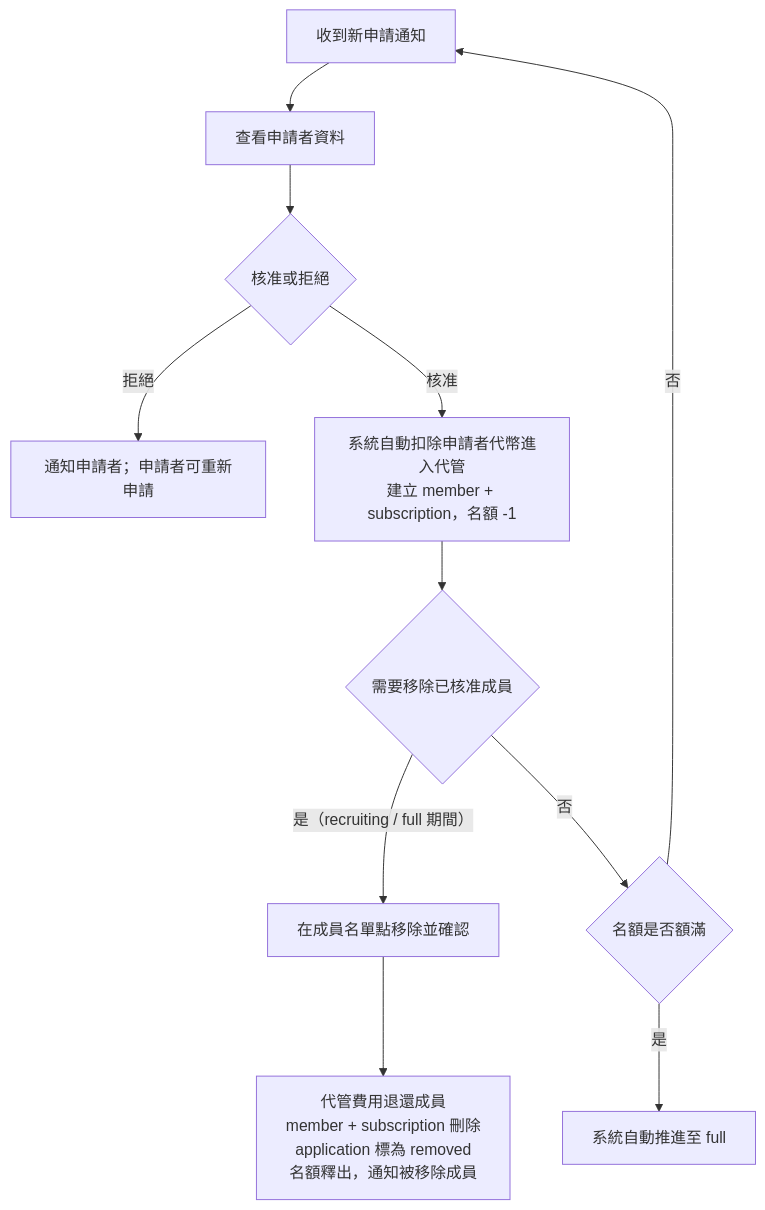
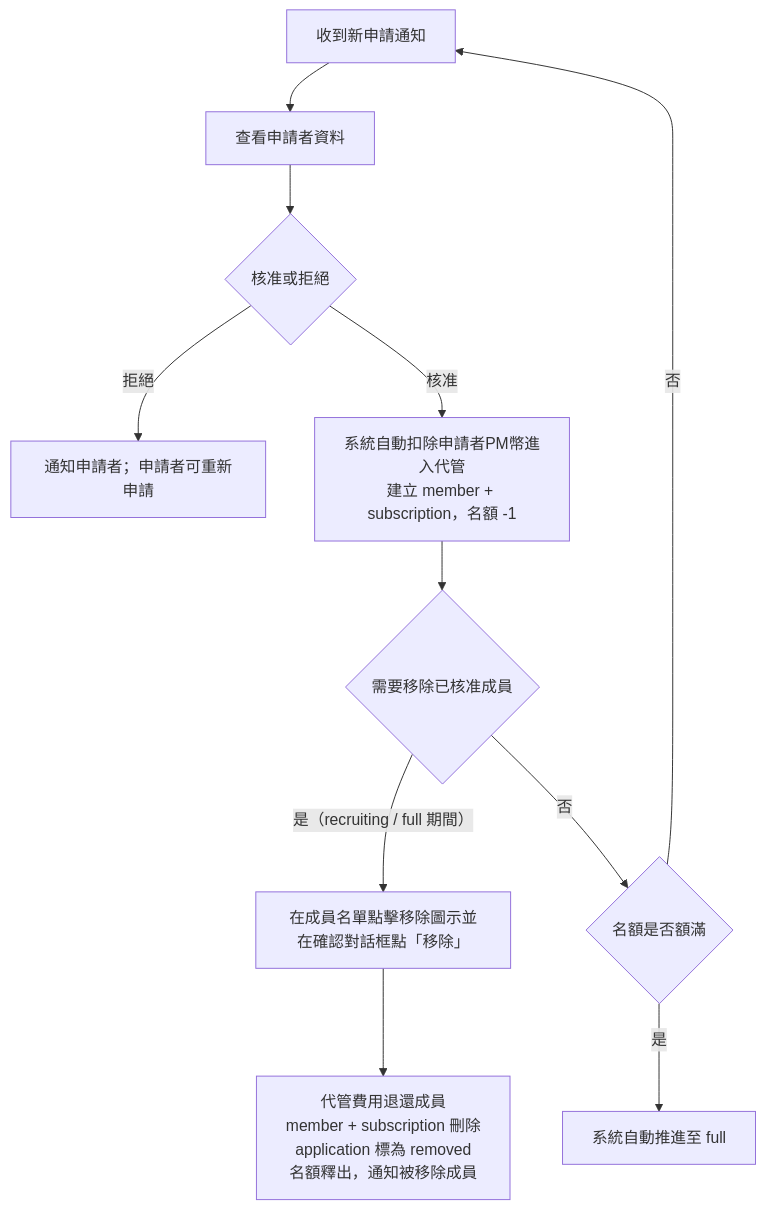
One commit to s1092055/PartyMatch changed the eighth of 15 diagrams in docs/user-flows.md. Above: the diagram before and after it, drawn with Mermaid. The commit also changed other lines of this file and 16 other files, not shown here.

````diff
--- a/docs/user-flows.md
+++ b/docs/user-flows.md
@@ -126,13 +124,13 @@
 ```mermaid
 flowchart TD
   A[收到新申請通知] --> B[查看申請者資料]
   B --> C{核准或拒絕}
   C -->|拒絕| D[通知申請者；申請者可重新申請]
-  C -->|核准| E[系統自動扣除申請者代幣進入代管\n建立 member + subscription，名額 -1]
+  C -->|核准| E[系統自動扣除申請者PM幣進入代管\n建立 member + subscription，名額 -1]
   E --> F{需要移除已核准成員}
-  F -->|是（recruiting / full 期間）| G[在成員名單點移除並確認]
+  F -->|是（recruiting / full 期間）| G[在成員名單點擊移除圖示並在確認對話框點「移除」]
   G --> H[代管費用退還成員\nmember + subscription 刪除\napplication 標為 removed\n名額釋出，通知被移除成員]
   F -->|否| I{名額是否額滿}
   I -->|否| A
   I -->|是| J[系統自動推進至 full]
 ```
````
